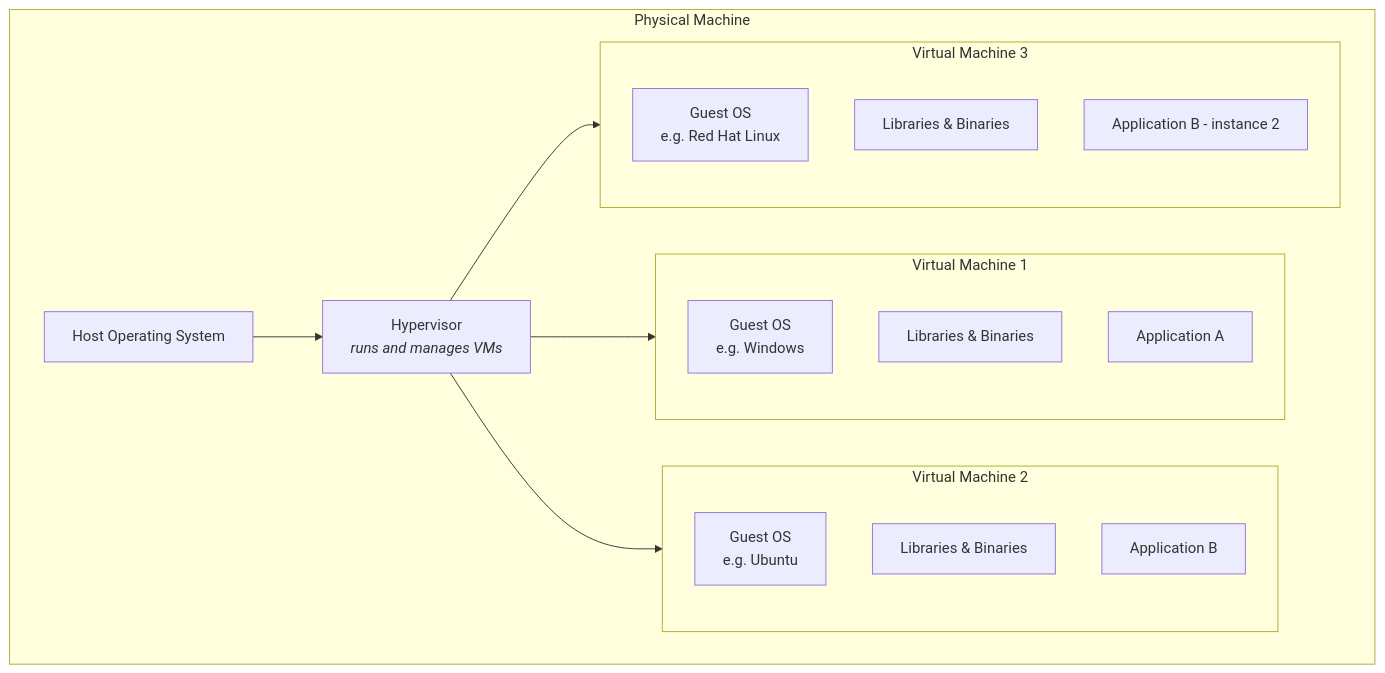
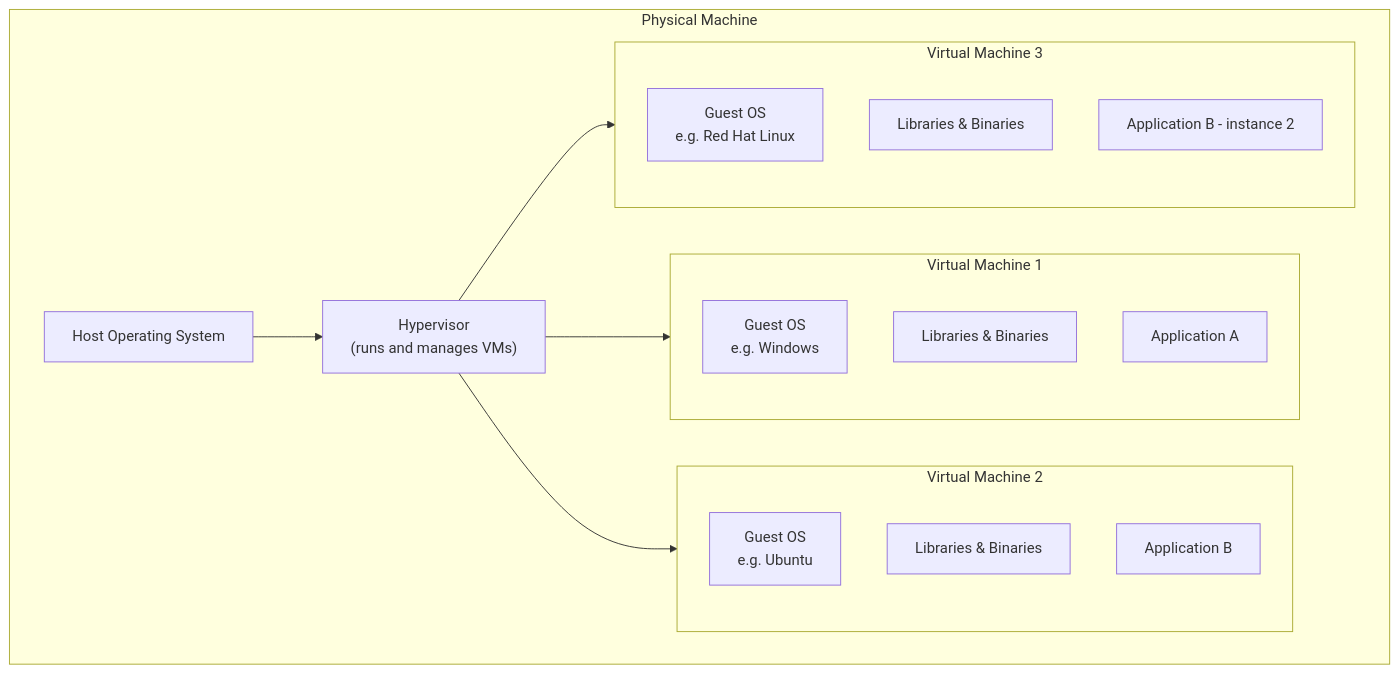
The third of 14 diagrams in devops/DevOps_Masterclass_README.md (prashantchauhan-12/Tech-Learning-Notes), drawn with Mermaid before and after one commit. The commit also changed other lines of this file, not shown here.

Commit message:
fix: repair broken mermaid diagrams in DevOps README (remove HTML tags from node labels)

````diff
--- a/devops/DevOps_Masterclass_README.md
+++ b/devops/DevOps_Masterclass_README.md
@@ -142,26 +142,26 @@
 ```mermaid
 flowchart TB
     subgraph Machine["Physical Machine"]
         HostOS[Host Operating System]
-        Hypervisor[Hypervisor\n<i>runs and manages VMs</i>]
+        Hypervisor["Hypervisor\n(runs and manages VMs)"]
         subgraph VM1["Virtual Machine 1"]
-            GuestOS1[Guest OS<br/>e.g. Windows]
+            GuestOS1["Guest OS\ne.g. Windows"]
             LibA[Libraries & Binaries]
             AppA[Application A]
         end
         subgraph VM2["Virtual Machine 2"]
-            GuestOS2[Guest OS<br/>e.g. Ubuntu]
+            GuestOS2["Guest OS\ne.g. Ubuntu"]
             LibB[Libraries & Binaries]
             AppB1[Application B]
         end
         subgraph VM3["Virtual Machine 3"]
-            GuestOS3[Guest OS<br/>e.g. Red Hat Linux]
+            GuestOS3["Guest OS\ne.g. Red Hat Linux"]
             LibB2[Libraries & Binaries]
             AppB2[Application B - instance 2]
         end
         HostOS --> Hypervisor
         Hypervisor --> VM1
         Hypervisor --> VM2
         Hypervisor --> VM3
     end
 ```
````
